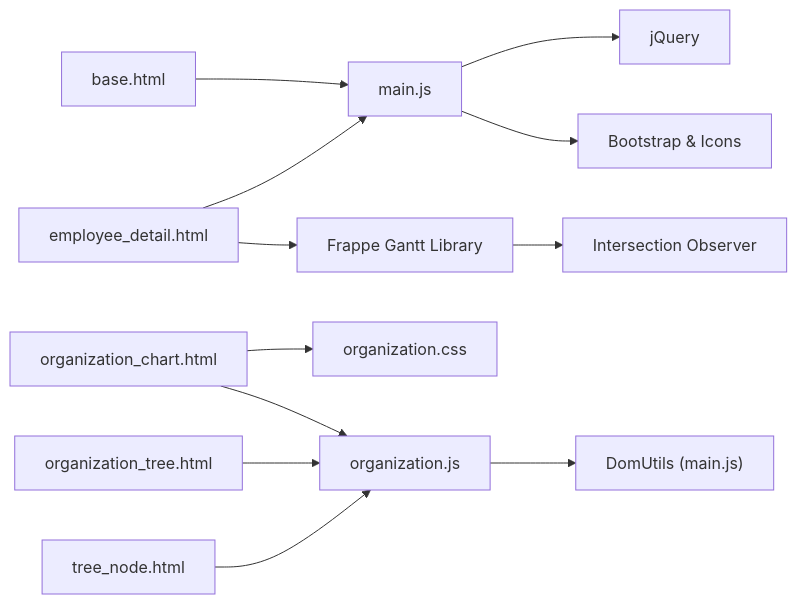
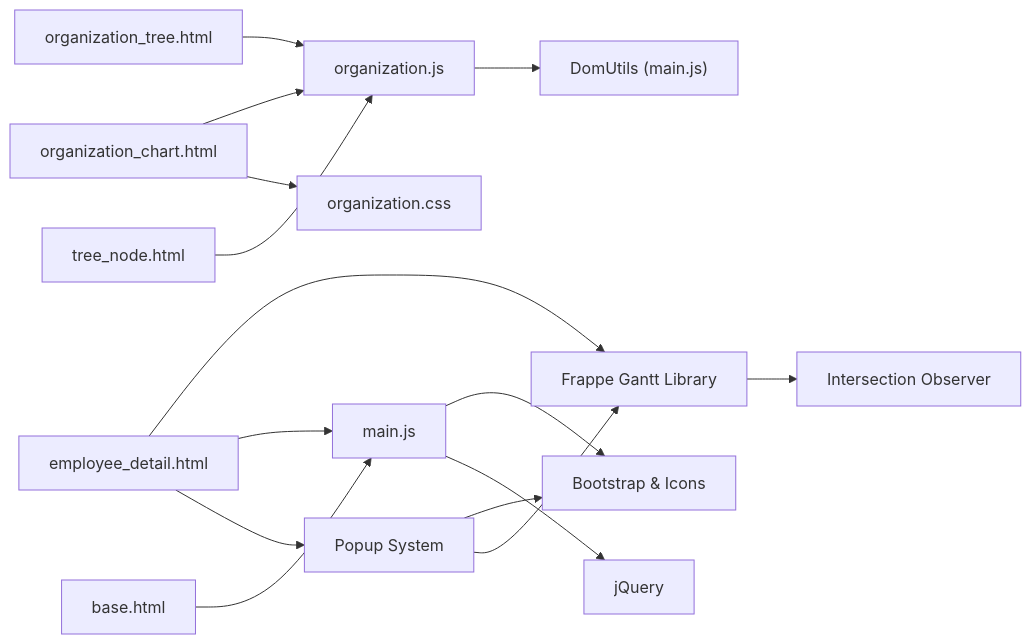
One commit to Pavel9474/task_manager changed the sixth of 6 diagrams in .qoder/repowiki/en/content/User Interface and Templates/JavaScript Components and Interactivity.md. Above: the diagram before and after it, drawn with Mermaid. The commit also changed other lines of this file and 7 other files, not shown here.

Commit message:
ALL gantt work code simplifid

````diff
--- a/.qoder/repowiki/en/content/User Interface and Templates/JavaScript Components and Interactivity.md
+++ b/.qoder/repowiki/en/content/User Interface and Templates/JavaScript Components and Interactivity.md
@@ -539,14 +732,17 @@
 ```mermaid
 graph LR
 BH["base.html"] --> JS_MAIN["main.js"]
 OC["organization_chart.html"] --> JS_ORG["organization.js"]
 OC --> CSS_ORG["organization.css"]
 OT["organization_tree.html"] --> JS_ORG
 TN["tree_node.html"] --> JS_ORG
 ED["employee_detail.html"] --> GANTT_LIB["Frappe Gantt Library"]
 ED --> JS_MAIN
+ED --> POPUP_SYS["Popup System"]
 JS_ORG --> DOMU["DomUtils (main.js)"]
 JS_MAIN --> BOOT["Bootstrap & Icons"]
 JS_MAIN --> JQ["jQuery"]
 GANTT_LIB --> INTERSECT_OBS["Intersection Observer"]
+POPUP_SYS --> BOOT
+POPUP_SYS --> GANTT_LIB
 ```
````
